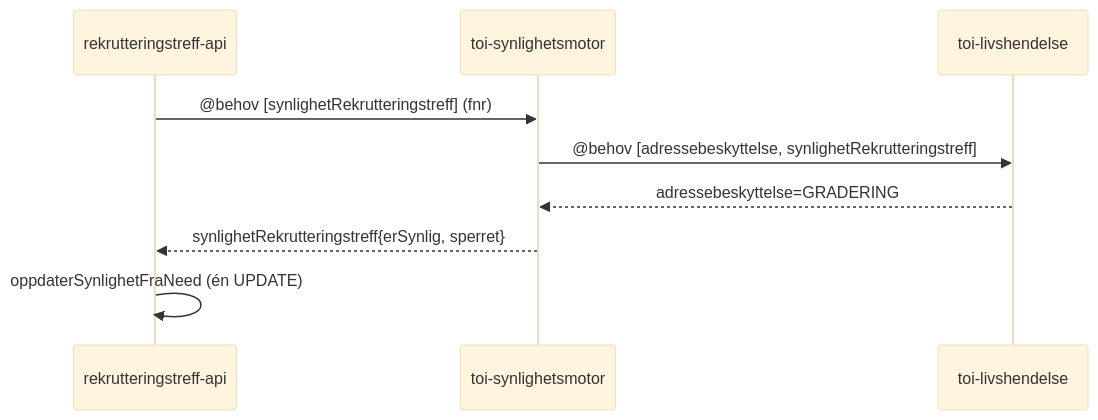
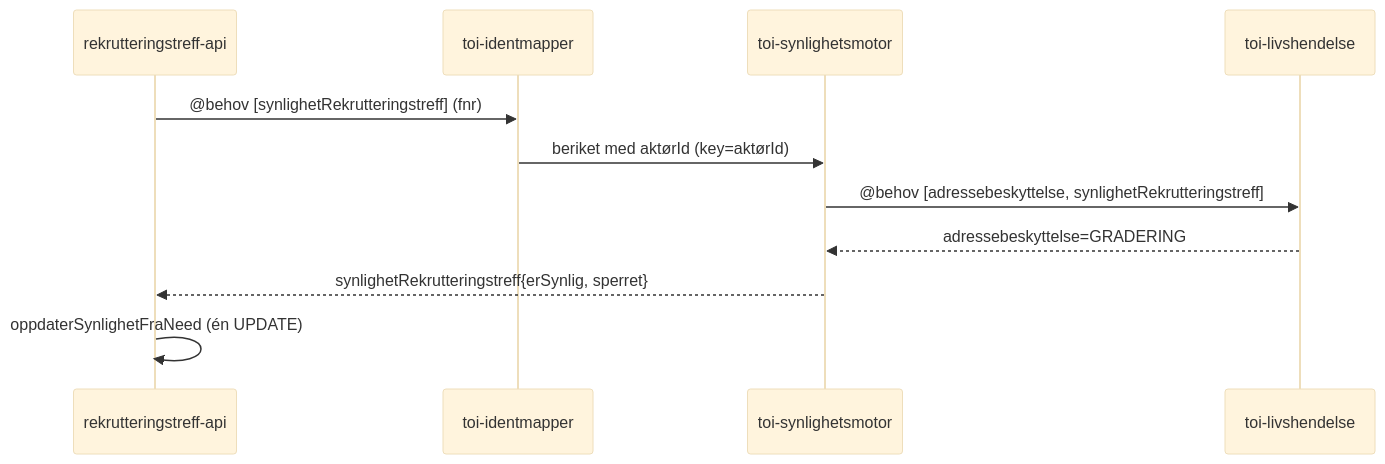
The first of 2 diagrams in docs/9-planer/adressebeskyttelse-sperring.md (navikt/rekrutteringstreff-backend), drawn with Mermaid (base theme) before and after one commit. The commit also changed other lines of this file and 2 other files, not shown here.

````diff
--- a/docs/9-planer/adressebeskyttelse-sperring.md
+++ b/docs/9-planer/adressebeskyttelse-sperring.md
@@ -227,11 +261,13 @@
 ```mermaid
 sequenceDiagram
     participant RT as rekrutteringstreff-api
+    participant IM as toi-identmapper
     participant SM as toi-synlighetsmotor
     participant LH as toi-livshendelse
-    RT->>SM: @behov [synlighetRekrutteringstreff] (fnr)
+    RT->>IM: @behov [synlighetRekrutteringstreff] (fnr)
+    IM->>SM: beriket med aktørId (key=aktørId)
     SM->>LH: @behov [adressebeskyttelse, synlighetRekrutteringstreff]
     LH-->>SM: adressebeskyttelse=GRADERING
     SM-->>RT: synlighetRekrutteringstreff{erSynlig, sperret}
     RT->>RT: oppdaterSynlighetFraNeed (én UPDATE)
 ```
````
